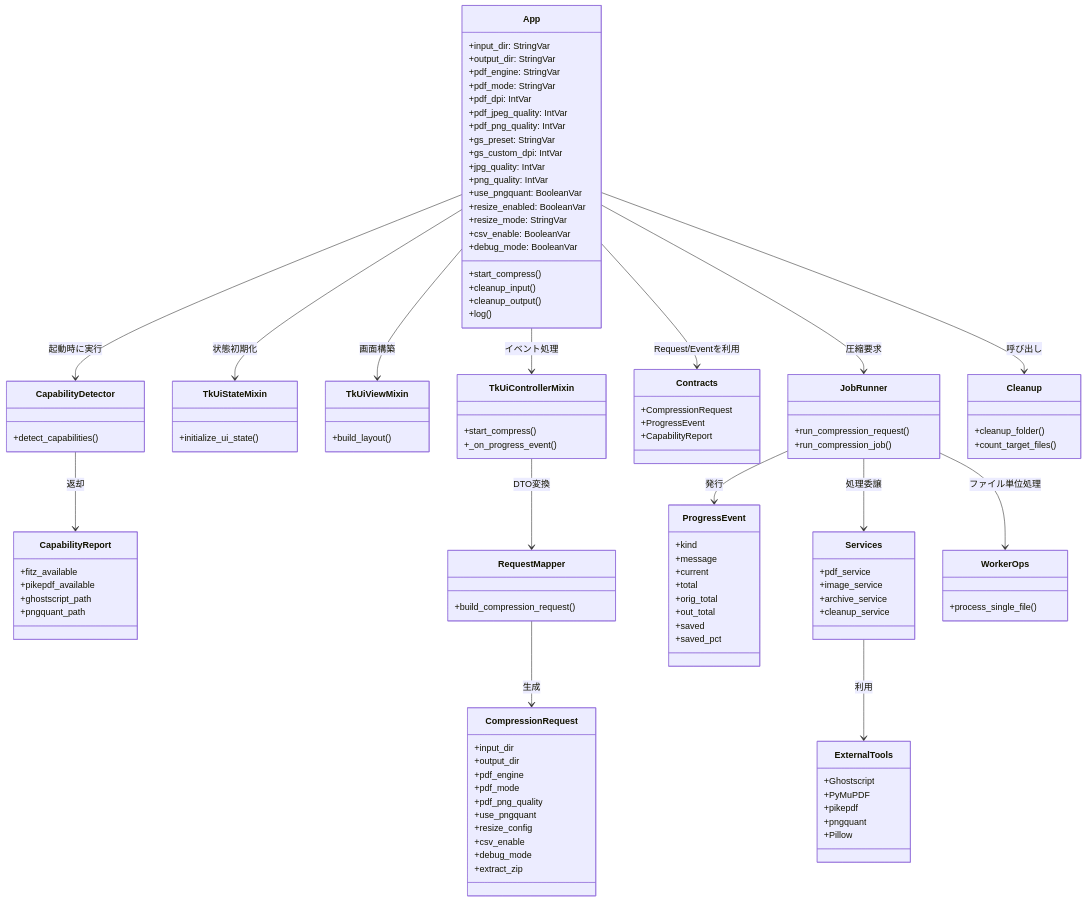
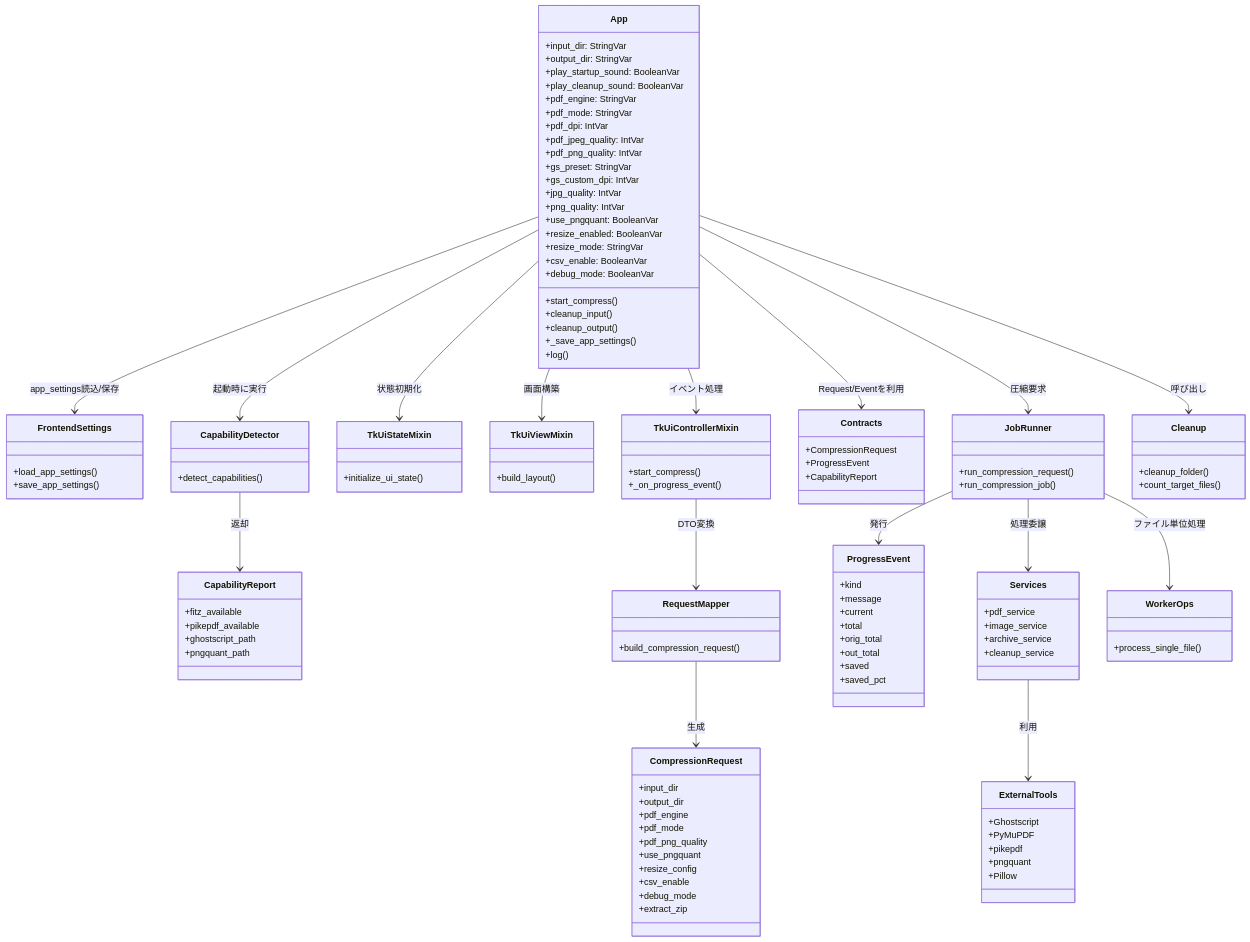
One commit to sho-kawasaki-dd/pjp_compressor_v2 changed the third of 3 diagrams in Documentation/flow_sequence_and_class_diagrams.md. Above: the diagram before and after it, drawn with Mermaid. The commit also changed other lines of this file and 19 other files, not shown here.

```diff
--- a/Documentation/flow_sequence_and_class_diagrams.md
+++ b/Documentation/flow_sequence_and_class_diagrams.md
@@ -144,6 +172,8 @@
     class App {
         +input_dir: StringVar
         +output_dir: StringVar
+        +play_startup_sound: BooleanVar
+        +play_cleanup_sound: BooleanVar
         +pdf_engine: StringVar
         +pdf_mode: StringVar
         +pdf_dpi: IntVar
@@ -161,7 +191,13 @@
         +start_compress()
         +cleanup_input()
         +cleanup_output()
+        +_save_app_settings()
         +log()
+    }
+
+    class FrontendSettings {
+        +load_app_settings()
+        +save_app_settings()
     }
 
     class CapabilityDetector {
@@ -253,6 +289,7 @@
 
     App --> CapabilityDetector : 起動時に実行
     CapabilityDetector --> CapabilityReport : 返却
+    App --> FrontendSettings : app_settings読込/保存
     App --> Contracts : Request/Eventを利用
     App --> TkUiStateMixin : 状態初期化
     App --> TkUiViewMixin : 画面構築
```
